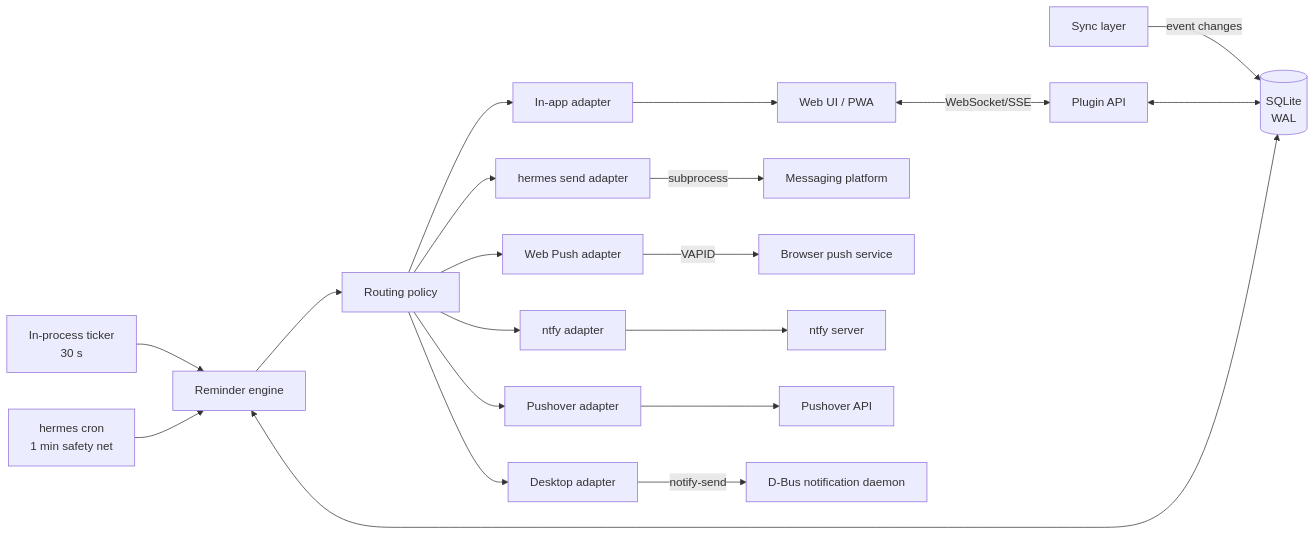
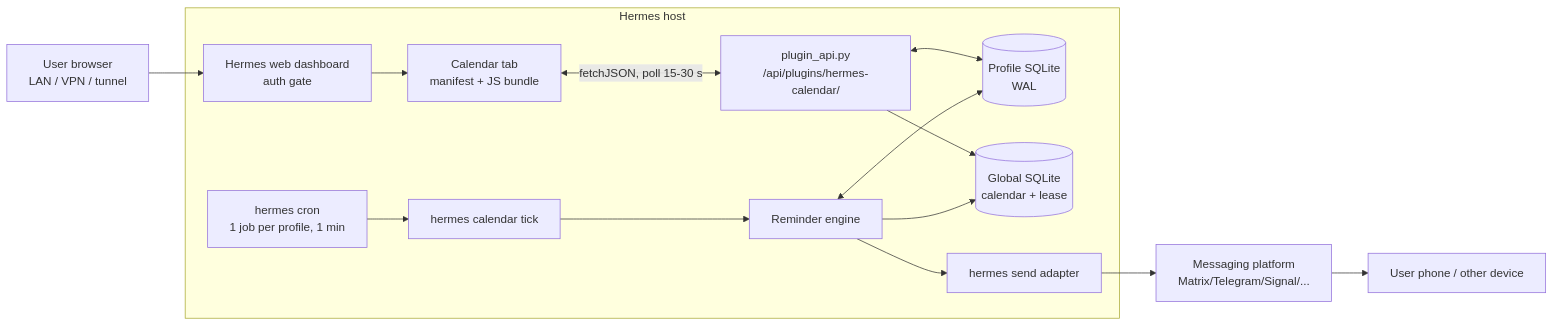
The first of 3 diagrams in docs/design/app-notifications.md (kozelkevinr-create/hermes-calendar), drawn with Mermaid before and after one commit. The commit also changed other lines of this file, not shown here.

First line of the commit message:
docs: revise notifications design for dashboard UI and MVP cut

````diff
--- a/docs/design/app-notifications.md
+++ b/docs/design/app-notifications.md
@@ -462,22 +508,25 @@
 ```mermaid
 flowchart LR
-  SYNC[Sync layer] -->|event changes| DB[(SQLite<br/>WAL)]
-  UI[Web UI / PWA] <-->|WebSocket/SSE| API[Plugin API]
+  subgraph Host[Hermes host]
+    DASH[Hermes web dashboard<br/>auth gate]
+    UI[Calendar tab<br/>manifest + JS bundle]
+    API[plugin_api.py<br/>/api/plugins/hermes-calendar/]
+    CRON[hermes cron<br/>1 job per profile, 1 min]
+    TICK[hermes calendar tick]
+    ENGINE[Reminder engine]
+    DB[(Profile SQLite<br/>WAL)]
+    GDB[(Global SQLite<br/>calendar + lease)]
+    HS[hermes send adapter]
+  end
+  USER[User browser<br/>LAN / VPN / tunnel] --> DASH
+  DASH --> UI
+  UI <-->|fetchJSON, poll 15-30 s| API
   API <--> DB
-  TICK[In-process ticker<br/>30 s] --> ENGINE[Reminder engine]
-  CRON[hermes cron<br/>1 min safety net] --> ENGINE
+  API --> GDB
+  CRON --> TICK --> ENGINE
   ENGINE <--> DB
-  ENGINE --> ROUTER[Routing policy]
-  ROUTER --> INAPP[In-app adapter]
-  ROUTER --> HS[hermes send adapter]
-  ROUTER --> WP[Web Push adapter]
-  ROUTER --> NTFY[ntfy adapter]
-  ROUTER --> PO[Pushover adapter]
-  ROUTER --> DESK[Desktop adapter]
-  INAPP --> UI
-  HS -->|subprocess| GW[Messaging platform]
-  WP -->|VAPID| PUSH[Browser push service]
-  NTFY --> NTFYSRV[ntfy server]
-  PO --> POSRV[Pushover API]
-  DESK -->|notify-send| DBUS[D-Bus notification daemon]
+  ENGINE --> GDB
+  ENGINE --> HS
+  HS --> MSG[Messaging platform<br/>Matrix/Telegram/Signal/...]
+  MSG --> PHONE[User phone / other device]
 ```
````
